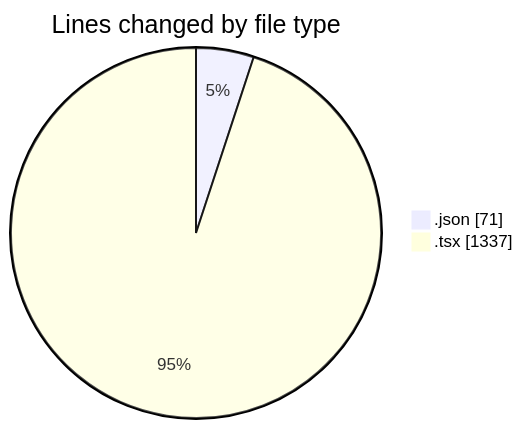
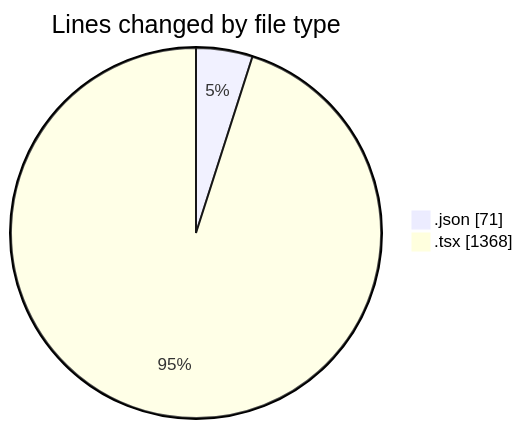
The first of 2 diagrams in 2026-01-29/cda/README.md (momahboobian/code-tracking), drawn with Mermaid before and after one commit. The commit also changed other lines of this file and 1 other file, not shown here.

````diff
--- a/2026-01-29/cda/README.md
+++ b/2026-01-29/cda/README.md
@@ -21,6 +21,6 @@
 ```mermaid
 pie showData
 title Lines changed by file type
 ".json" : 71
-".tsx" : 1337
+".tsx" : 1368
 ```
````
